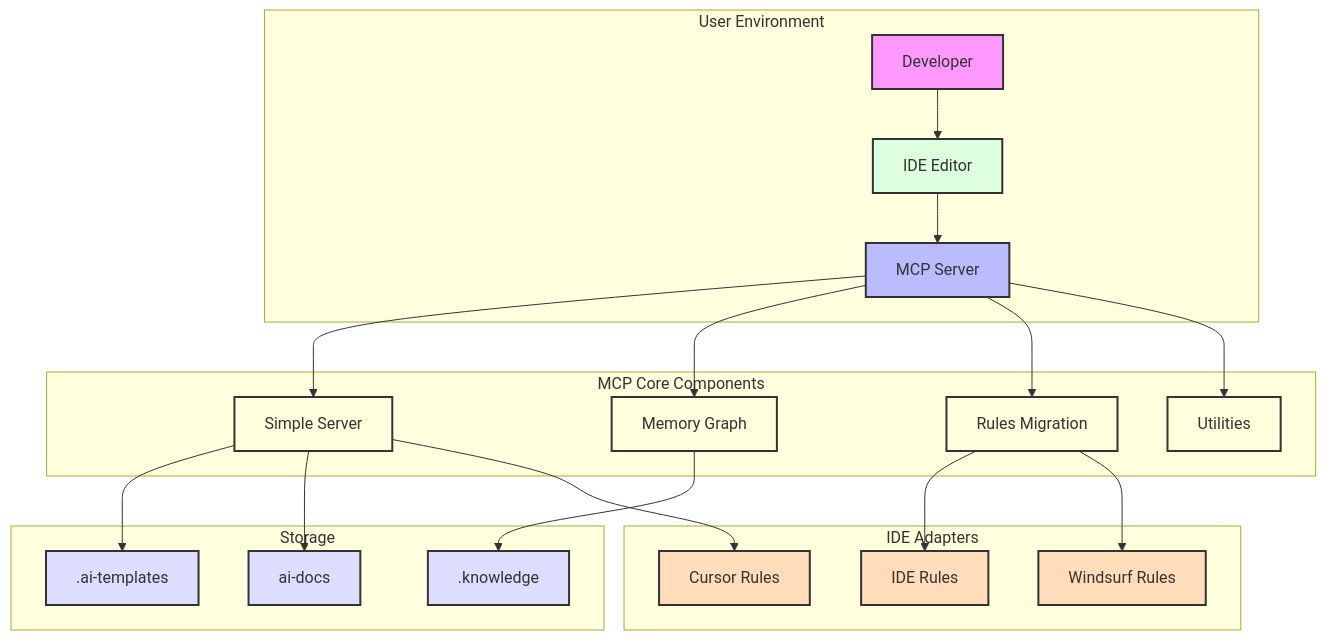
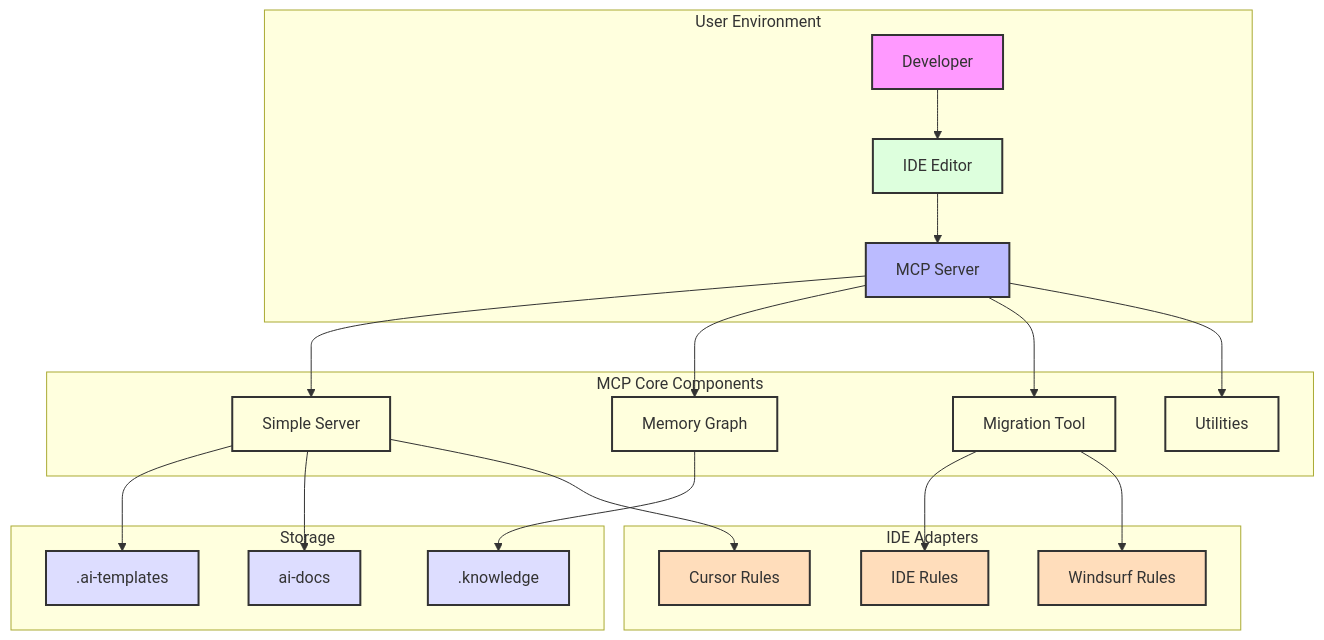
One commit to smian0/mcp-agile-flow changed the first of 2 diagrams in ai-docs/arch.md. Above: the diagram before and after it, drawn with Mermaid. The commit also changed other lines of this file and 2 other files, not shown here.

````diff
--- a/ai-docs/arch.md
+++ b/ai-docs/arch.md
@@ -30,40 +30,40 @@
 ```mermaid
 graph TD
     subgraph User Environment
         IDE[IDE Editor] --> MCP[MCP Server]
         Dev[Developer] --> IDE
     end
     
     subgraph MCP Core Components
         MCP --> SimpleServer[Simple Server]
         MCP --> MemoryGraph[Memory Graph]
-        MCP --> RulesMigration[Rules Migration]
+        MCP --> MigrationTool[Migration Tool]
         MCP --> Utils[Utilities]
     end
     
     subgraph Storage
         SimpleServer --> Templates[.ai-templates]
         SimpleServer --> Documents[ai-docs]
         MemoryGraph --> KnowledgeData[.knowledge]
     end
     
     subgraph IDE Adapters
         SimpleServer --> CursorRules[Cursor Rules]
-        RulesMigration --> IDERules[IDE Rules]
-        RulesMigration --> WindsurfRules[Windsurf Rules]
+        MigrationTool --> IDERules[IDE Rules]
+        MigrationTool --> WindsurfRules[Windsurf Rules]
     end
     
     style IDE fill:#dfd,stroke:#333,stroke-width:2px
     style Dev fill:#f9f,stroke:#333,stroke-width:2px
     style MCP fill:#bbf,stroke:#333,stroke-width:2px
     style SimpleServer fill:#ffd,stroke:#333,stroke-width:2px
     style MemoryGraph fill:#ffd,stroke:#333,stroke-width:2px
-    style RulesMigration fill:#ffd,stroke:#333,stroke-width:2px
+    style MigrationTool fill:#ffd,stroke:#333,stroke-width:2px
     style Utils fill:#ffd,stroke:#333,stroke-width:2px
     style Templates fill:#ddf,stroke:#333,stroke-width:2px
     style Documents fill:#ddf,stroke:#333,stroke-width:2px
     style KnowledgeData fill:#ddf,stroke:#333,stroke-width:2px
     style CursorRules fill:#fdb,stroke:#333,stroke-width:2px
     style IDERules fill:#fdb,stroke:#333,stroke-width:2px
     style WindsurfRules fill:#fdb,stroke:#333,stroke-width:2px
 ```
````
